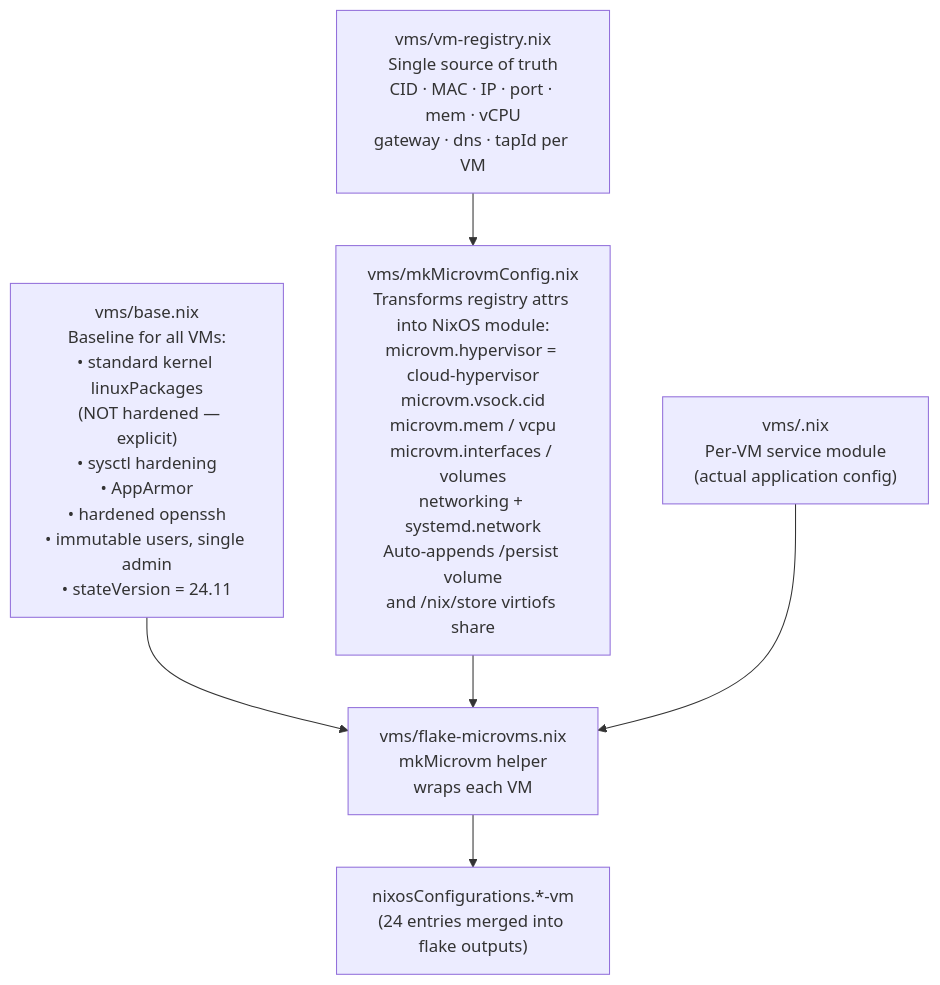
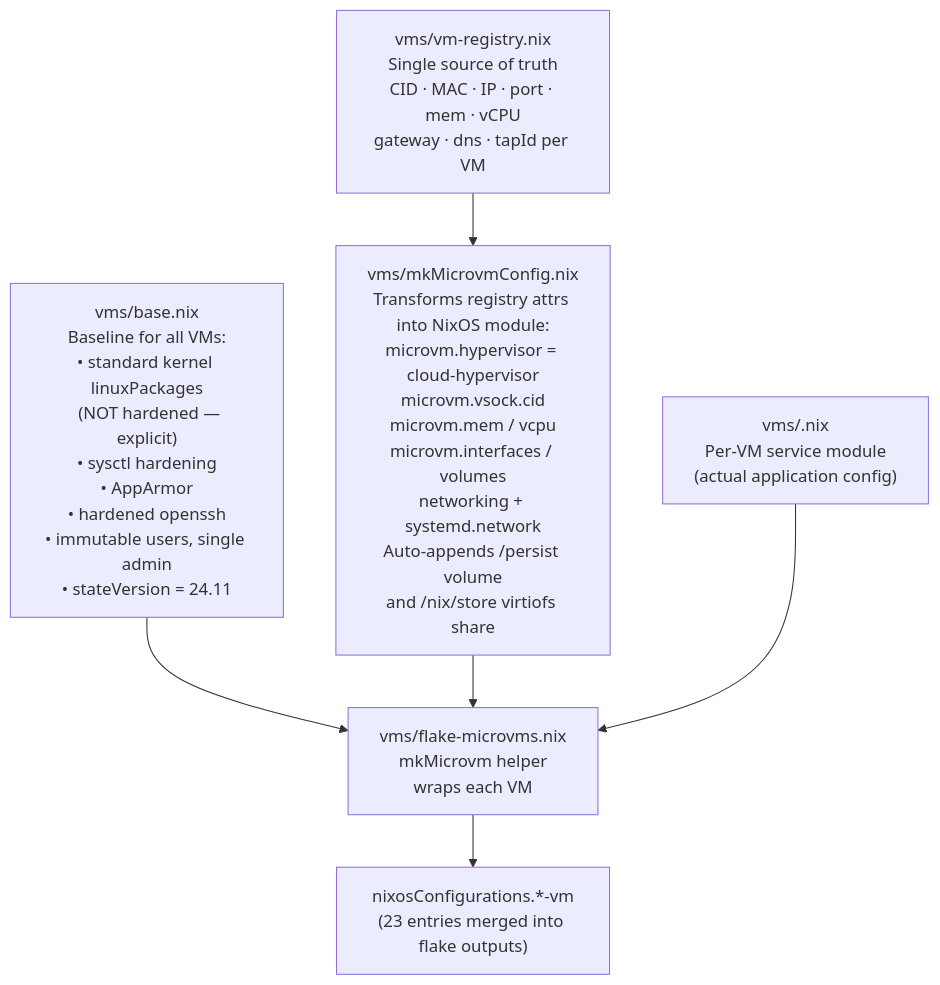
One commit to telometto/nix-config changed the ninth of 10 diagrams in docs/Project_Architecture_Blueprint.md. Above: the diagram before and after it, drawn with Mermaid. The commit also changed other lines of this file, not shown here.

Commit message:
📝 docs: update Project_Architecture_Blueprint.md to correct MicroVM count from 24 to 23

````diff
--- a/docs/Project_Architecture_Blueprint.md
+++ b/docs/Project_Architecture_Blueprint.md
@@ -358,15 +358,15 @@
 ```mermaid
 flowchart TD
     REG["vms/vm-registry.nix\nSingle source of truth\nCID · MAC · IP · port · mem · vCPU\ngateway · dns · tapId per VM"]
     BASE["vms/base.nix\nBaseline for all VMs:\n• standard kernel linuxPackages\n  (NOT hardened — explicit)\n• sysctl hardening\n• AppArmor\n• hardened openssh\n• immutable users, single admin\n• stateVersion = 24.11"]
     MK["vms/mkMicrovmConfig.nix\nTransforms registry attrs into NixOS module:\nmicrovm.hypervisor = cloud-hypervisor\nmicrovm.vsock.cid\nmicrovm.mem / vcpu\nmicrovm.interfaces / volumes\nnetworking + systemd.network\nAuto-appends /persist volume\nand /nix/store virtiofs share"]
     SVC["vms/<name>.nix\nPer-VM service module\n(actual application config)"]
     FM["vms/flake-microvms.nix\nmkMicrovm helper\nwraps each VM"]
-    OUT["nixosConfigurations.*-vm\n(24 entries merged into flake outputs)"]
+    OUT["nixosConfigurations.*-vm\n(23 entries merged into flake outputs)"]
 
     REG --> MK
     BASE --> FM
     MK --> FM
     SVC --> FM
     FM --> OUT
 ```
````
